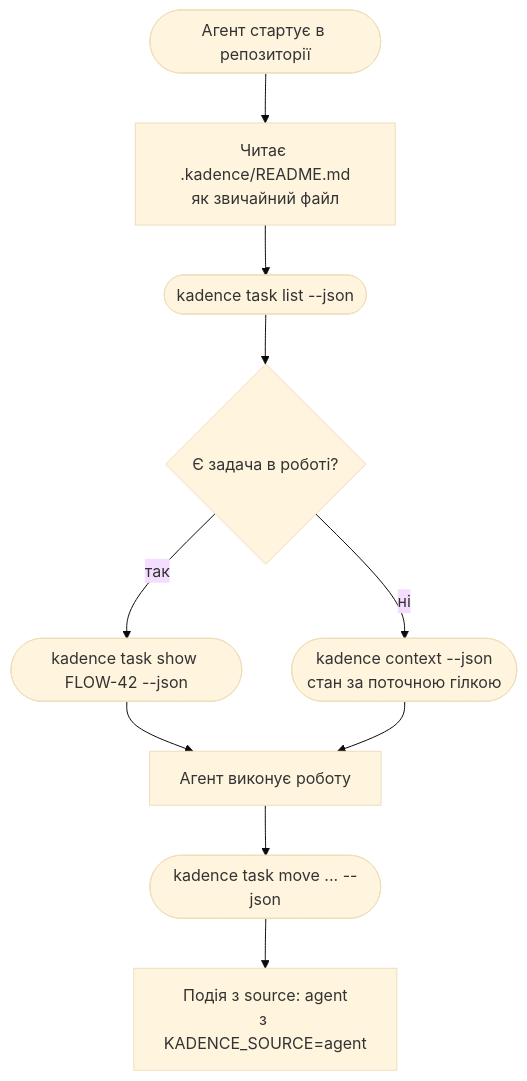
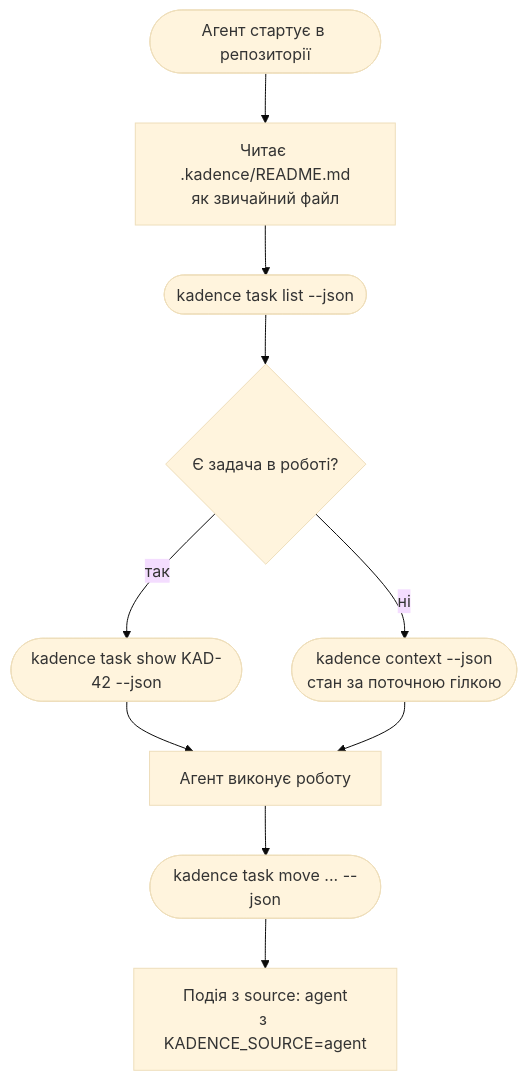
The third of 5 diagrams in docs/design/user-flows.md (bogutskiandriy/kadence), drawn with Mermaid (base theme) before and after one commit. The commit also changed other lines of this file and 10 other files, not shown here.

````diff
--- a/docs/design/user-flows.md
+++ b/docs/design/user-flows.md
@@ -54,12 +54,12 @@
 ```mermaid
 flowchart TD
     A([Агент стартує в репозиторії]) --> B[Читає .kadence/README.md<br/>як звичайний файл]
     B --> C([kadence task list --json])
     C --> D{Є задача в роботі?}
-    D -- так --> E([kadence task show FLOW-42 --json])
+    D -- так --> E([kadence task show KAD-42 --json])
     D -- ні --> F([kadence context --json<br/>стан за поточною гілкою])
     E --> G[Агент виконує роботу]
     F --> G
     G --> H([kadence task move ... --json])
     H --> I[Подія з source: agent<br/>з KADENCE_SOURCE=agent]
 ```
````
